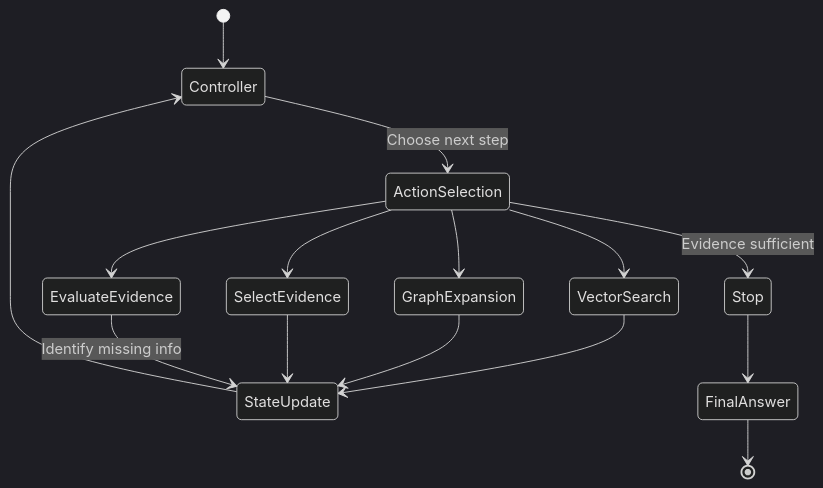
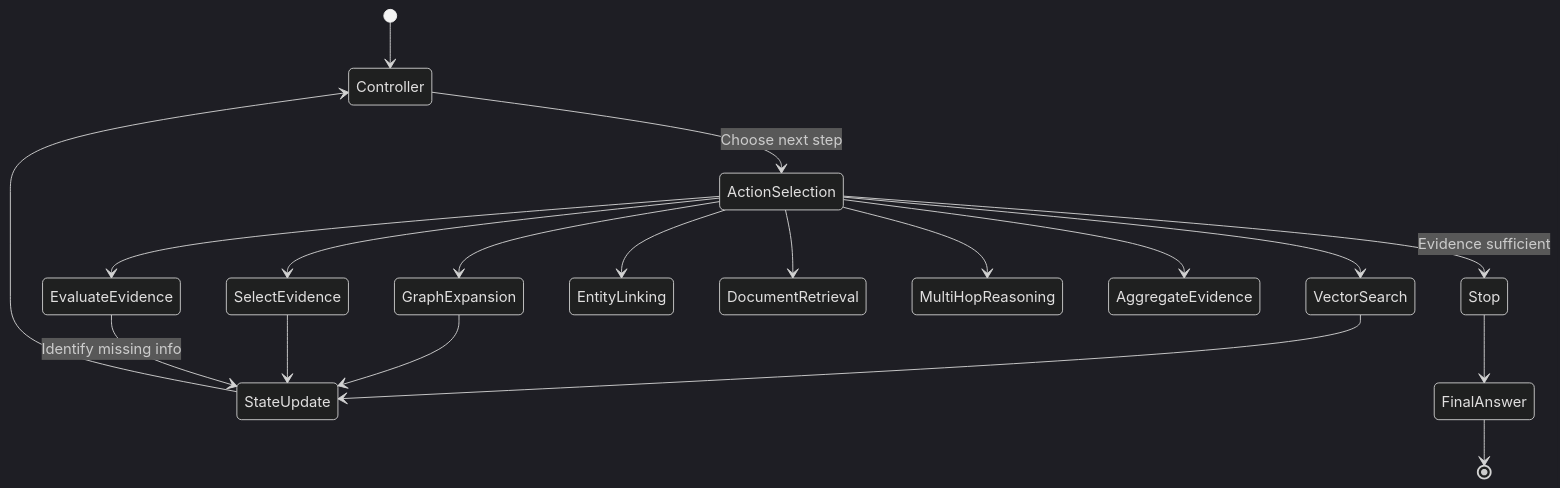
One commit to abhinay-codes/agentic-graphrag-benchmark changed the third of 3 diagrams in docs/data-flow.md. Above: the diagram before and after it, drawn with Mermaid (dark theme). The commit also changed 19 other files, not shown here.

````diff
--- a/docs/data-flow.md
+++ b/docs/data-flow.md
@@ -56,22 +56,26 @@
 ```mermaid
 stateDiagram-v2
     [*] --> Controller
     Controller --> ActionSelection: Choose next step
     
     ActionSelection --> VectorSearch
     ActionSelection --> GraphExpansion
     ActionSelection --> SelectEvidence
     ActionSelection --> EvaluateEvidence
+    ActionSelection --> EntityLinking
+    ActionSelection --> DocumentRetrieval
+    ActionSelection --> MultiHopReasoning
+    ActionSelection --> AggregateEvidence
     
     VectorSearch --> StateUpdate
     GraphExpansion --> StateUpdate
     SelectEvidence --> StateUpdate
     
     EvaluateEvidence --> StateUpdate: Identify missing info
     
     StateUpdate --> Controller
     
     ActionSelection --> Stop: Evidence sufficient
     Stop --> FinalAnswer
     FinalAnswer --> [*]
 ```
````
